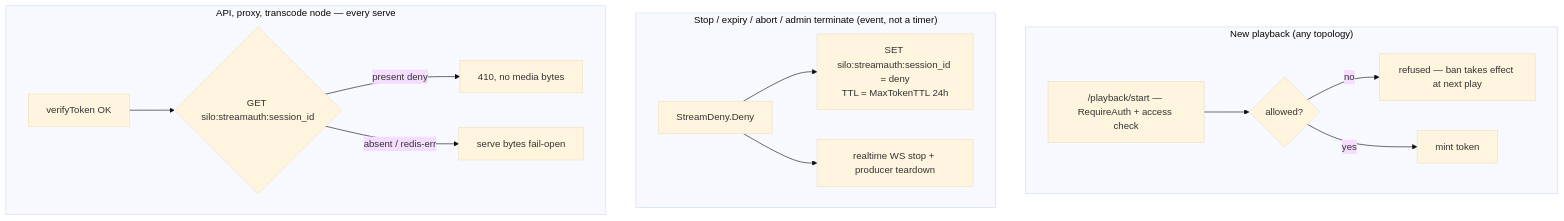
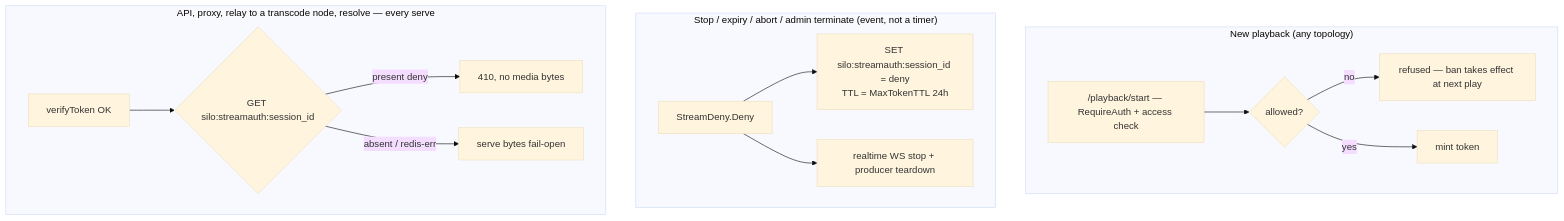
One commit to Silo-Server/silo-server changed the fourth of 5 diagrams in docs/architecture/restart-resilient-playback.md. Above: the diagram before and after it, drawn with Mermaid (base theme). The commit also changed other lines of this file and 74 other files, not shown here.

````diff
--- a/docs/architecture/restart-resilient-playback.md
+++ b/docs/architecture/restart-resilient-playback.md
@@ -690,17 +702,17 @@
 ```mermaid
 flowchart TD
     subgraph New["New playback (any topology)"]
         P["/playback/start — RequireAuth + access check"] --> PB{allowed?}
         PB -- no --> PR[refused — ban takes effect at next play]
         PB -- yes --> PM[mint token]
     end
     subgraph Admin["Stop / expiry / abort / admin terminate (event, not a timer)"]
         K[StreamDeny.Deny] --> WD[SET silo:streamauth:session_id = deny<br/>TTL = MaxTokenTTL 24h]
         K --> WS[realtime WS stop + producer teardown]
     end
-    subgraph Node["API, proxy, transcode node — every serve"]
+    subgraph Node["API, proxy, relay to a transcode node, resolve — every serve"]
         G[verifyToken OK] --> L{GET silo:streamauth:session_id}
         L -- present deny --> F[410, no media bytes]
         L -- absent / redis-err --> SV[serve bytes  fail-open]
     end
 ```
````
